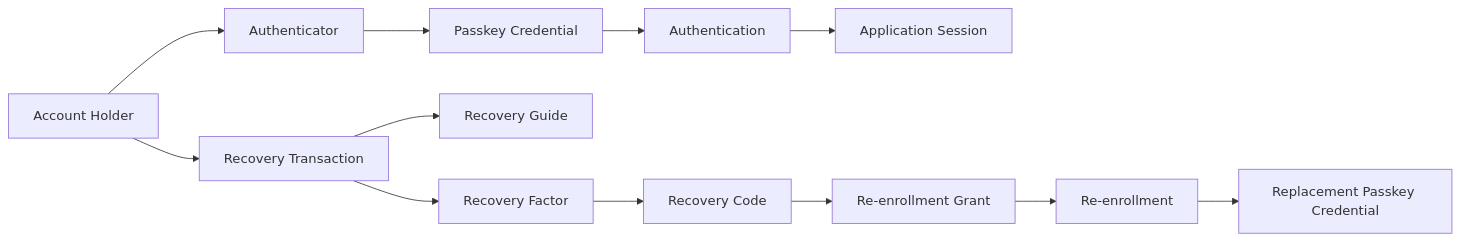
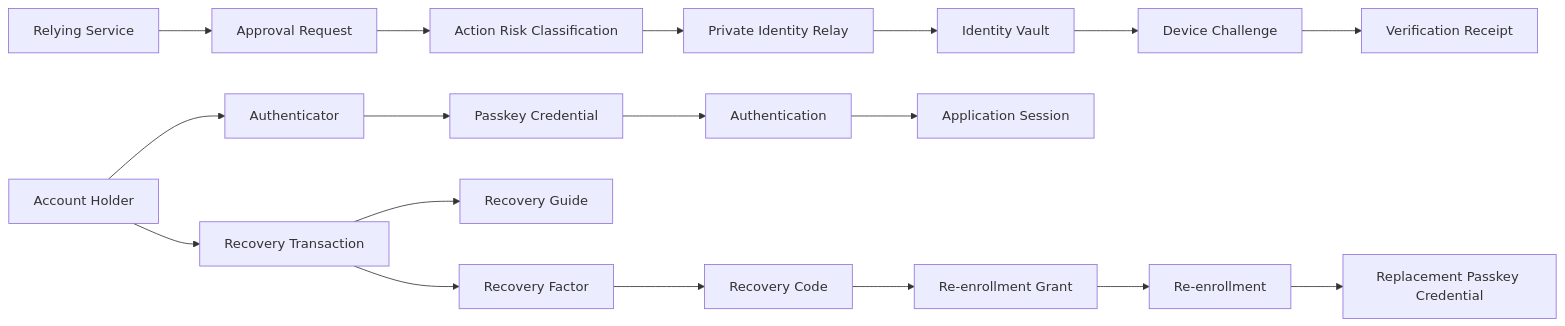
Before and after one commit to Dannykkh/authidenty: the diagram in docs/domain-dictionary.md, drawn with Mermaid. The commit also changed other lines of this file and 6 other files, not shown here.

First line of the commit message:
docs(architecture): pivot to a private identity relay

````diff
--- a/docs/domain-dictionary.md
+++ b/docs/domain-dictionary.md
@@ -159,14 +215,20 @@
 ```mermaid
 flowchart LR
+    RS[Relying Service] --> AR[Approval Request]
+    AR --> ARC[Action Risk Classification]
+    ARC --> PIR[Private Identity Relay]
+    PIR --> IV[Identity Vault]
+    IV --> DC[Device Challenge]
+    DC --> VR[Verification Receipt]
     AH[Account Holder] --> A[Authenticator]
     A --> PC[Passkey Credential]
     PC --> AU[Authentication]
     AU --> AS[Application Session]
     AH --> RT[Recovery Transaction]
     RT --> RG[Recovery Guide]
     RT --> RF[Recovery Factor]
     RF --> RC[Recovery Code]
     RC --> G[Re-enrollment Grant]
     G --> RE[Re-enrollment]
     RE --> PC2[Replacement Passkey Credential]
 ```
````
